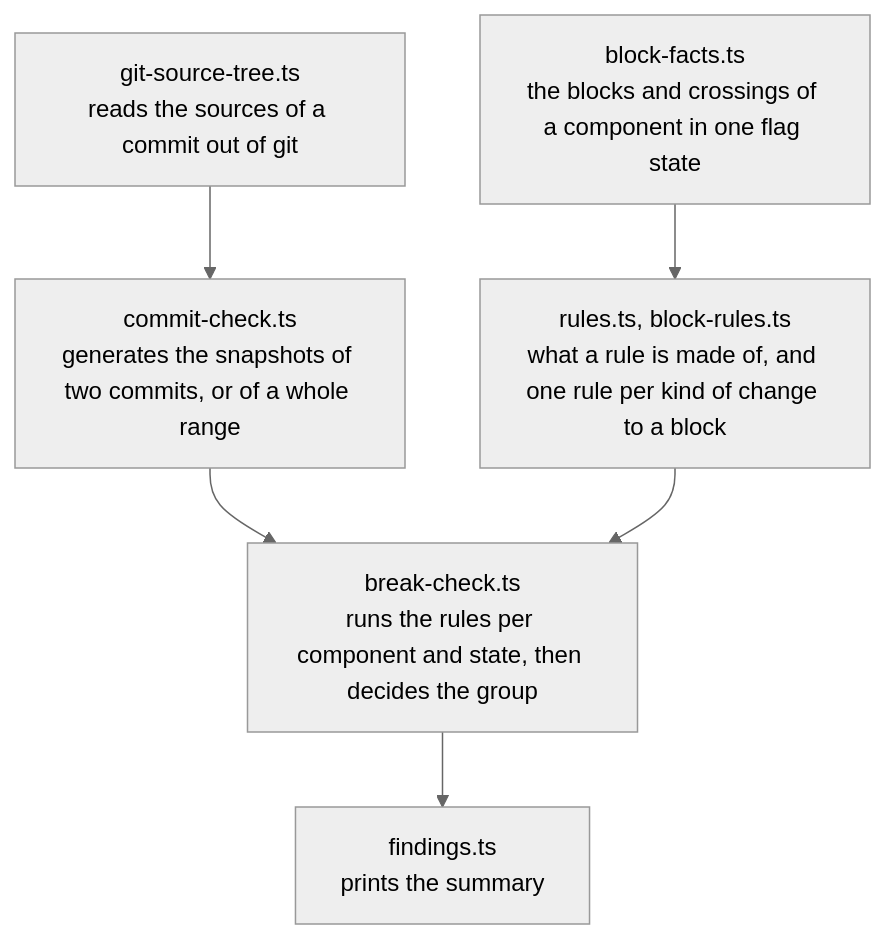
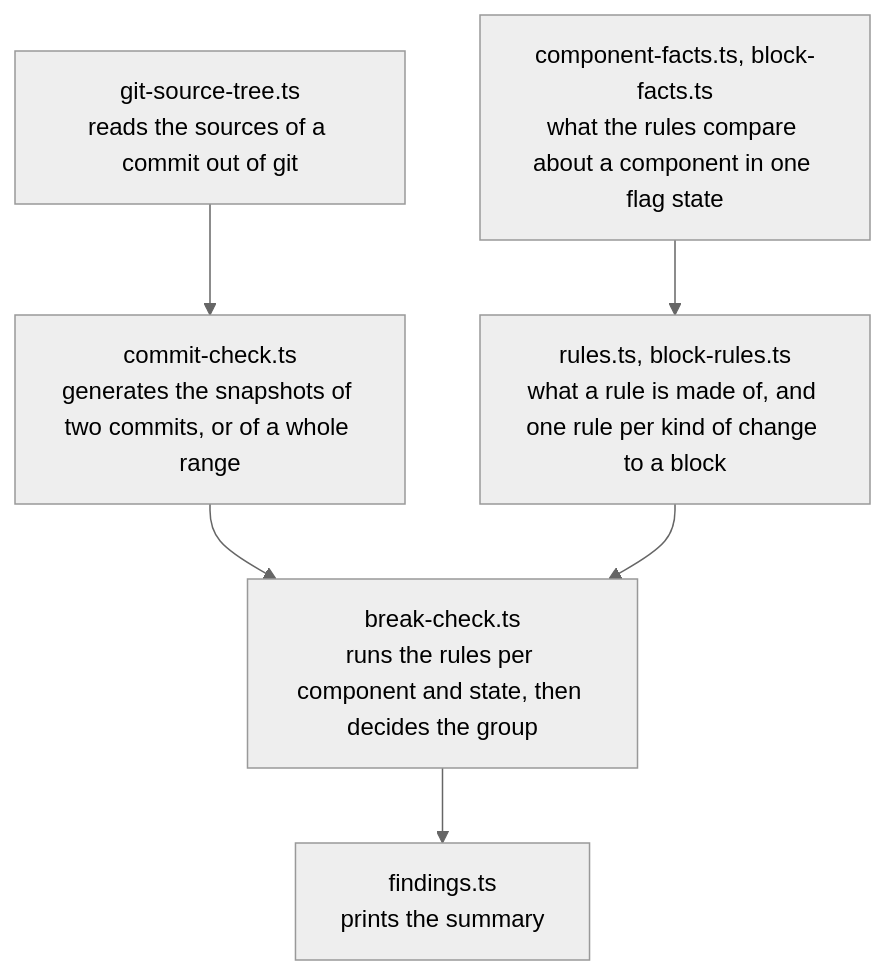
Before and after one commit to shopware/shopware: the second of 2 diagrams in src/Administration/Resources/app/administration/scripts/generate-public-api/README.md, drawn with Mermaid (neutral theme). The commit also changed other lines of this file and 5 other files, not shown here.

First line of the commit message:
refactor(administration): give the component facts of the public API check their own module

````diff
--- a/src/Administration/Resources/app/administration/scripts/generate-public-api/README.md
+++ b/src/Administration/Resources/app/administration/scripts/generate-public-api/README.md
@@ -56,12 +56,12 @@
 ```mermaid
 flowchart TD
     git["git-source-tree.ts<br/>reads the sources of a commit out of git"]
     commits["commit-check.ts<br/>generates the snapshots of two commits, or of a whole range"]
-    facts["block-facts.ts<br/>the blocks and crossings of a component in one flag state"]
+    facts["component-facts.ts, block-facts.ts<br/>what the rules compare about a component in one flag state"]
     rules["rules.ts, block-rules.ts<br/>what a rule is made of, and one rule per kind of change to a block"]
     check["break-check.ts<br/>runs the rules per component and state, then decides the group"]
     findings["findings.ts<br/>prints the summary"]
 
     git --> commits --> check
     facts --> rules --> check --> findings
 ```
````
